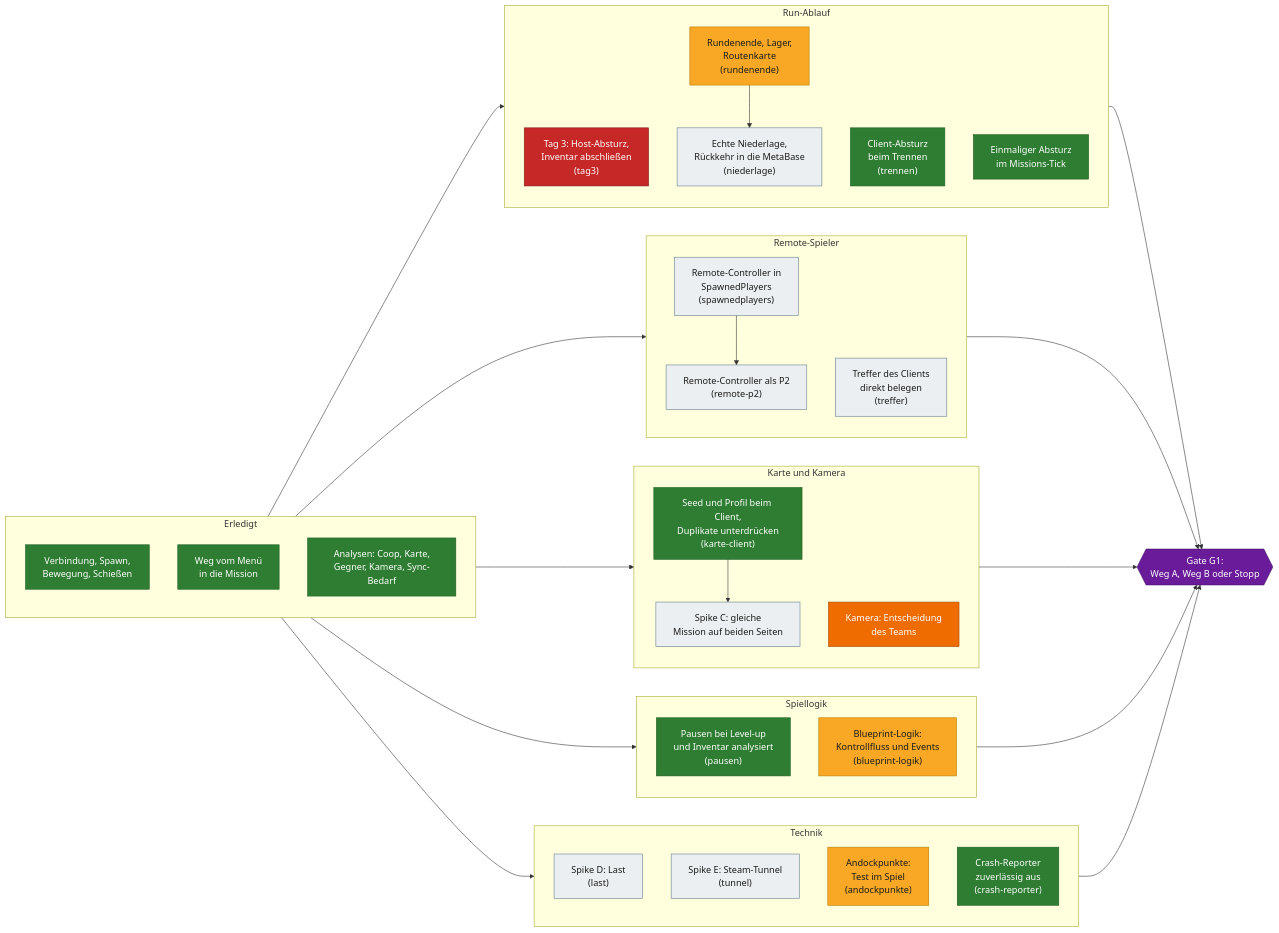
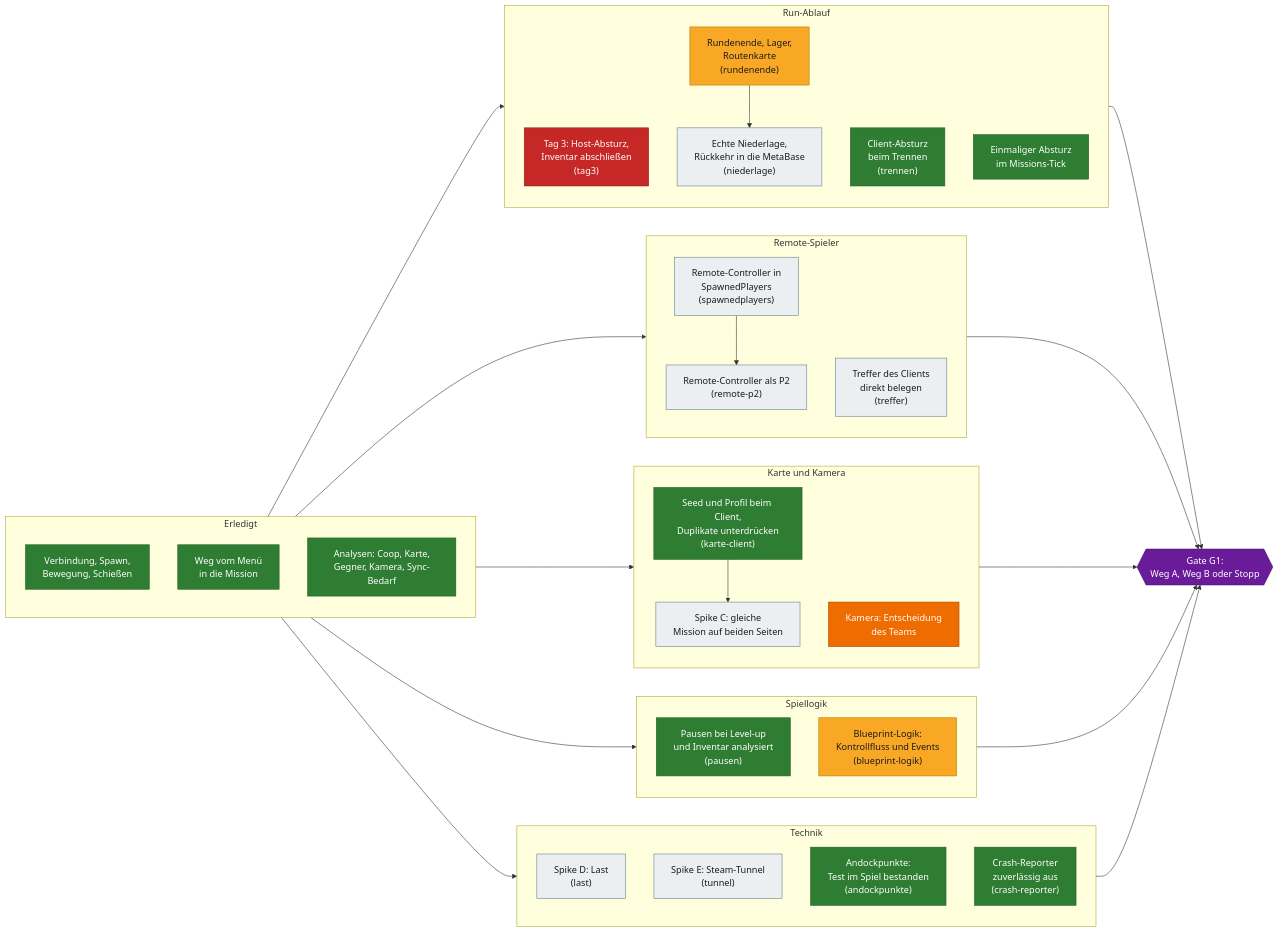
Before and after one commit to VitaminStack/Deadly-Days-Roadtrip-Multiplayer-Mod: the second of 4 diagrams in docs/ROADMAP.md, drawn with Mermaid. The commit also changed 14 other files, not shown here.

````diff
--- a/docs/ROADMAP.md
+++ b/docs/ROADMAP.md
@@ -71,64 +71,64 @@
 ```mermaid
 flowchart LR
     subgraph BASIS["Erledigt"]
         A1["Verbindung, Spawn,<br/>Bewegung, Schießen"]:::done
         A2["Weg vom Menü<br/>in die Mission"]:::done
         A3["Analysen: Coop, Karte,<br/>Gegner, Kamera, Sync-Bedarf"]:::done
     end
 
     subgraph RUN["Run-Ablauf"]
         T3["Tag 3: Host-Absturz,<br/>Inventar abschließen<br/>(tag3)"]:::blocker
         RE["Rundenende, Lager,<br/>Routenkarte<br/>(rundenende)"]:::wip
         NI["Echte Niederlage,<br/>Rückkehr in die MetaBase<br/>(niederlage)"]:::open
         TR["Client-Absturz<br/>beim Trennen<br/>(trennen)"]:::done
         MT["Einmaliger Absturz<br/>im Missions-Tick"]:::done
         RE --> NI
     end
 
     subgraph SPIELER["Remote-Spieler"]
         SP["Remote-Controller in<br/>SpawnedPlayers<br/>(spawnedplayers)"]:::open
         RP["Remote-Controller als P2<br/>(remote-p2)"]:::open
         TF["Treffer des Clients<br/>direkt belegen<br/>(treffer)"]:::open
         SP --> RP
     end
 
     subgraph WELT["Karte und Kamera"]
         KC["Seed und Profil beim Client,<br/>Duplikate unterdrücken<br/>(karte-client)"]:::done
         SC["Spike C: gleiche<br/>Mission auf beiden Seiten"]:::open
         KE["Kamera: Entscheidung<br/>des Teams"]:::decision
         KC --> SC
     end
 
     subgraph LOGIK["Spiellogik"]
         PA["Pausen bei Level-up<br/>und Inventar analysiert<br/>(pausen)"]:::done
         BP["Blueprint-Logik:<br/>Kontrollfluss und Events<br/>(blueprint-logik)"]:::wip
     end
 
     subgraph TECHNIK["Technik"]
         LA["Spike D: Last<br/>(last)"]:::open
         TU["Spike E: Steam-Tunnel<br/>(tunnel)"]:::open
-        AP["Andockpunkte:<br/>Test im Spiel<br/>(andockpunkte)"]:::wip
+        AP["Andockpunkte:<br/>Test im Spiel bestanden<br/>(andockpunkte)"]:::done
         CR["Crash-Reporter<br/>zuverlässig aus<br/>(crash-reporter)"]:::done
     end
 
     BASIS --> RUN
     BASIS --> SPIELER
     BASIS --> WELT
     BASIS --> LOGIK
     BASIS --> TECHNIK
 
     RUN --> G1
     SPIELER --> G1
     WELT --> G1
     LOGIK --> G1
     TECHNIK --> G1
 
     G1{{"Gate G1:<br/>Weg A, Weg B oder Stopp"}}:::gate
 
     classDef done fill:#2e7d32,stroke:#1b5e20,color:#ffffff
     classDef wip fill:#f9a825,stroke:#b27a00,color:#1a1a1a
     classDef open fill:#eceff1,stroke:#607d8b,color:#1a1a1a
     classDef blocker fill:#c62828,stroke:#7f1d1d,color:#ffffff
     classDef decision fill:#ef6c00,stroke:#a34800,color:#ffffff
     classDef gate fill:#6a1b9a,stroke:#3e1163,color:#ffffff
 ```
````
